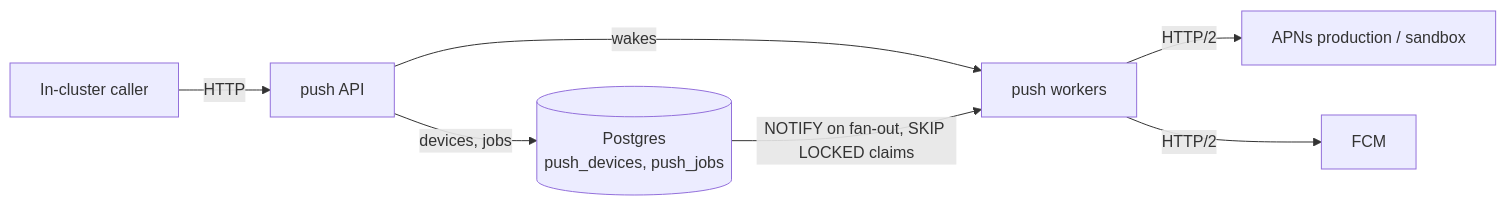
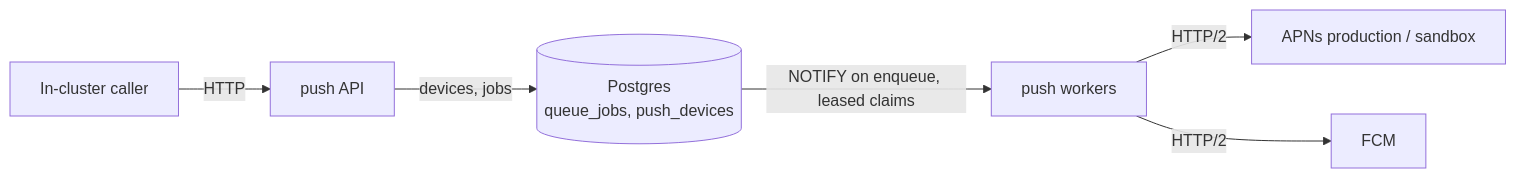
One commit to Pandoks/pandoks.com changed the diagram in apps/push/README.md. Above: the diagram before and after it, drawn with Mermaid. The commit also changed other lines of this file and 8 other files, not shown here.

First line of the commit message:
refactor(push): run jobs on the shared queue package

````diff
--- a/apps/push/README.md
+++ b/apps/push/README.md
@@ -6,9 +6,8 @@
 ```mermaid
 graph LR
     Caller[In-cluster caller] -->|HTTP| API[push API]
-    API -->|devices, jobs| Postgres[(Postgres<br/>push_devices, push_jobs)]
-    API -->|wakes| Workers[push workers]
-    Postgres -->|NOTIFY on fan-out, SKIP LOCKED claims| Workers
+    API -->|devices, jobs| Postgres[(Postgres<br/>queue_jobs, push_devices)]
+    Postgres -->|NOTIFY on enqueue, leased claims| Workers[push workers]
     Workers -->|HTTP/2| APNs[APNs production / sandbox]
     Workers -->|HTTP/2| FCM
 ```
````
